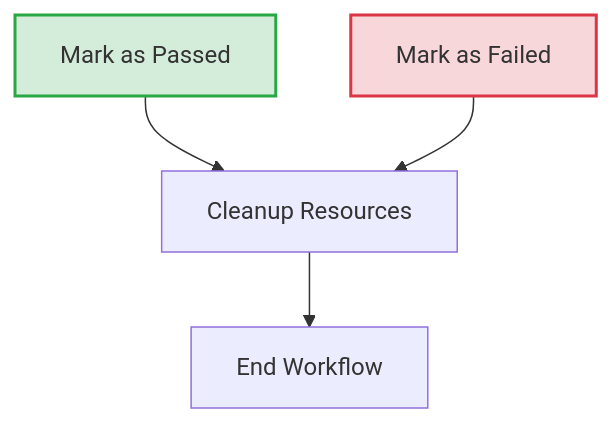
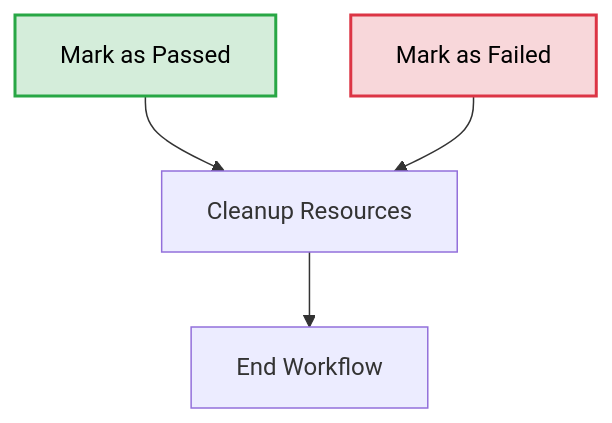
The sixth of 6 diagrams in README.md (pondersource/dev-stock), drawn with Mermaid before and after one commit.

Commit message:
[no ci] fix: text color

````diff
--- a/README.md
+++ b/README.md
@@ -473,13 +473,17 @@
 ```mermaid
 flowchart TD
     %% Final Cleanup
     R[Mark as Passed] --> T[Cleanup Resources]
     S[Mark as Failed] --> T
     T --> U[End Workflow]
 
     %% Subgraphs for better organization
     classDef success fill:#d4edda,stroke:#28a745,stroke-width:2px;
     classDef failure fill:#f8d7da,stroke:#dc3545,stroke-width:2px;
     class R success;
     class S failure;
+
+    %% Modify text color to black for specific nodes
+    style R fill:#d4edda,stroke:#28a745,stroke-width:2px,color:#000000
+    style S fill:#f8d7da,stroke:#dc3545,stroke-width:2px,color:#000000
 ```
````
